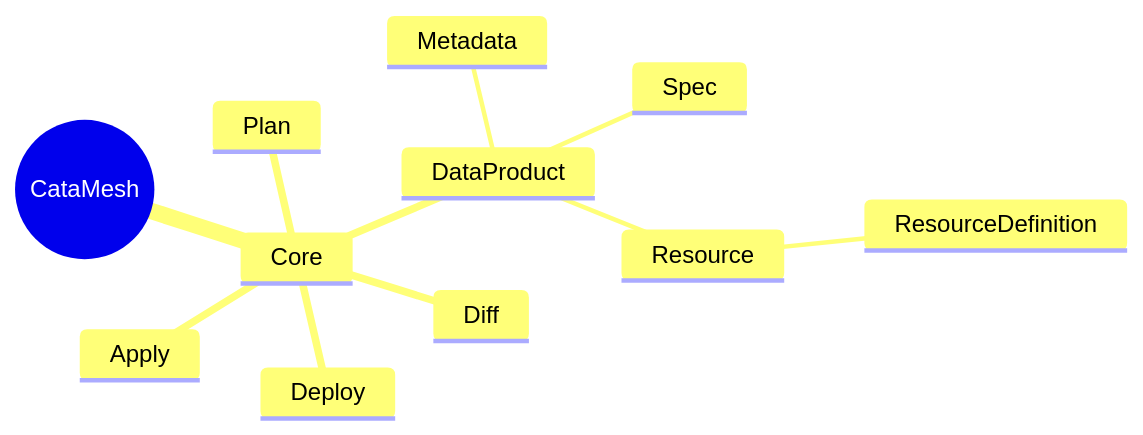
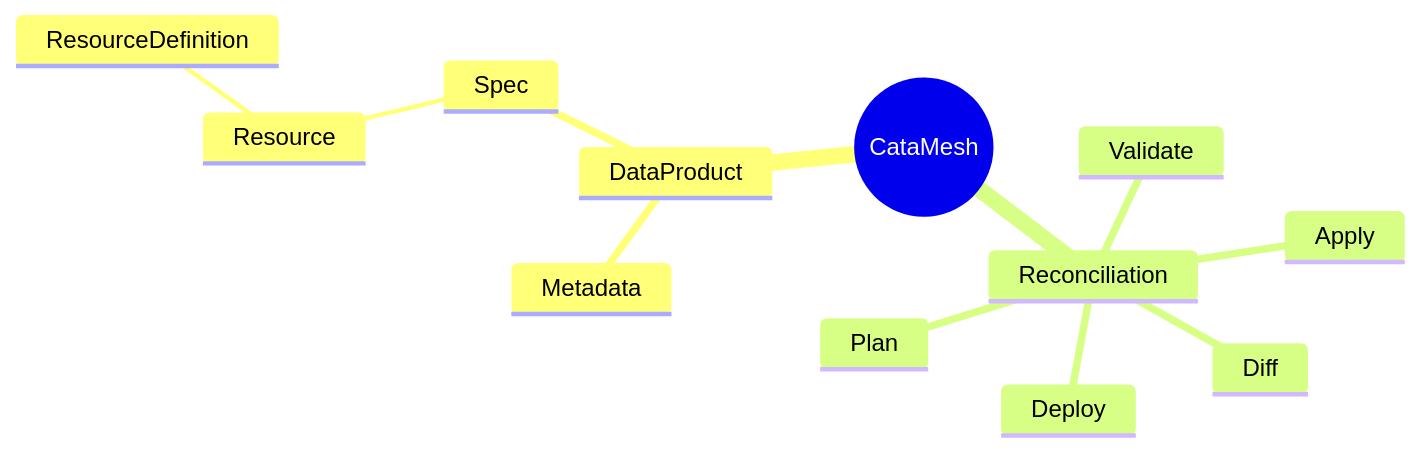
Before and after one commit to fabiangftech/catamesh: the diagram in docs/en/diagrams/catamesh.mindmap.mmd, drawn with Mermaid. The commit also changed 4 other files, not shown here.

Commit message:
doc: change mind map refactor: validate schema now is validate context

```diff
--- a/docs/en/diagrams/catamesh.mindmap.mmd
+++ b/docs/en/diagrams/catamesh.mindmap.mmd
@@ -1,12 +1,13 @@
 mindmap
   root((CataMesh))
-    Core
-        DataProduct
-          Metadata
-          Spec
-          Resource
-            ResourceDefinition
+    DataProduct
+        Metadata
+        Spec
+            Resource
+                ResourceDefinition
+    Reconciliation
+        Validate
         Plan
         Diff
         Apply
         Deploy
```
